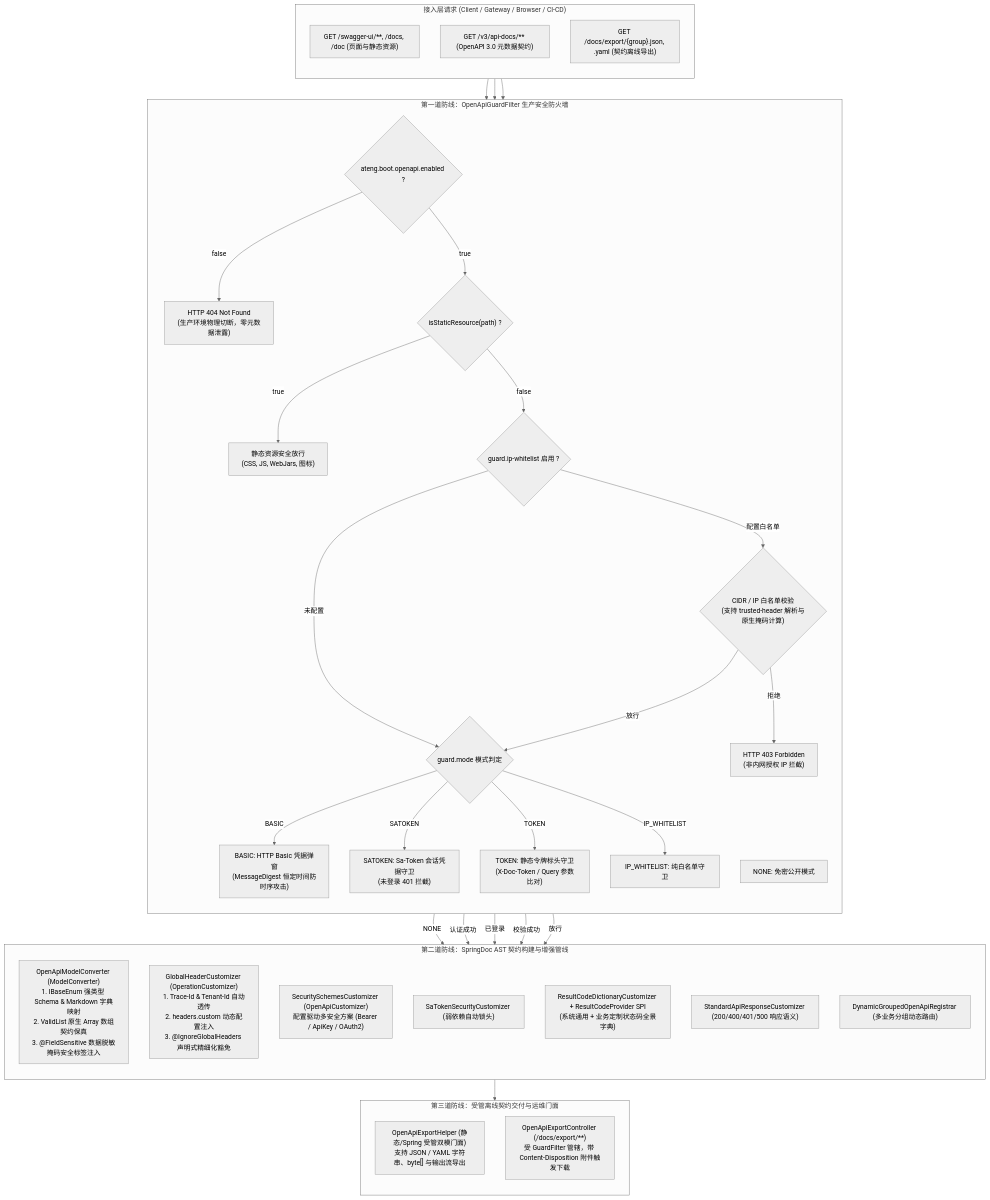
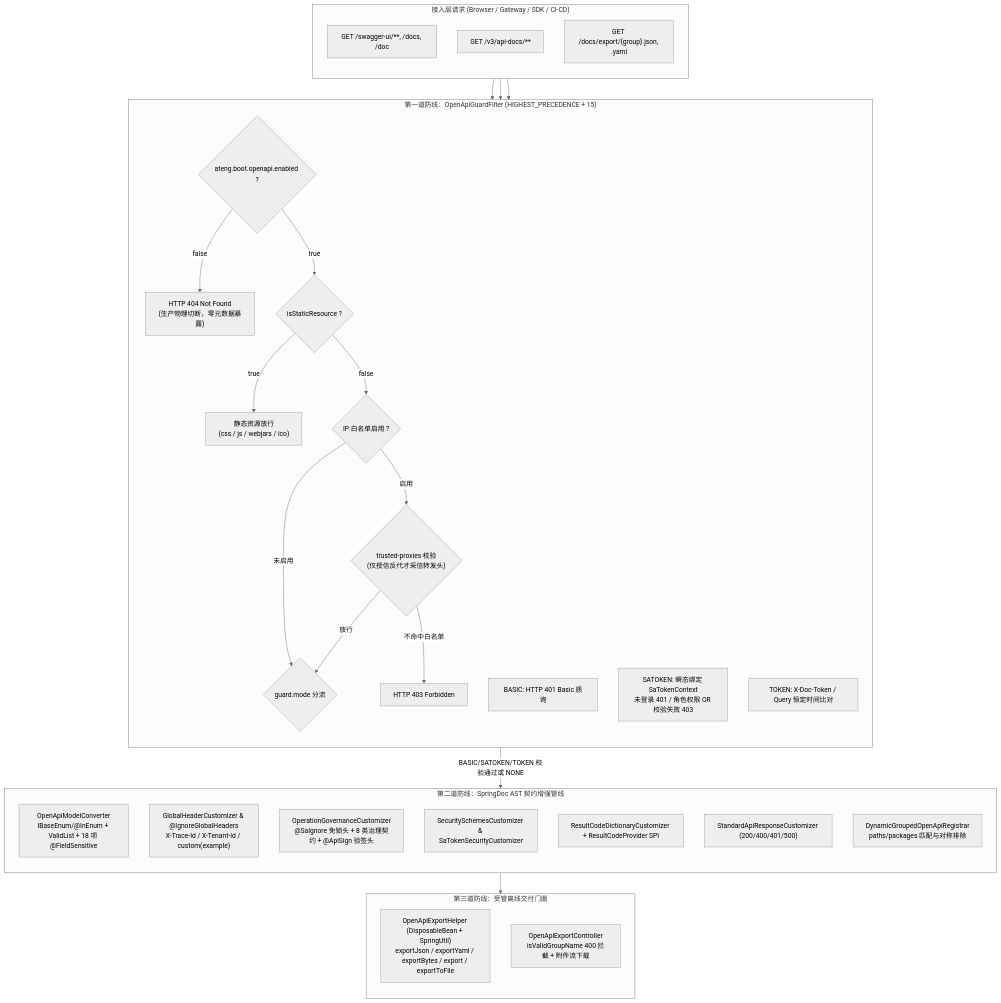
One commit to atengk/ateng-boot changed the diagram in ateng-boot-openapi/README.md. Above: the diagram before and after it, drawn with Mermaid (neutral theme). The commit also changed other lines of this file and 5 other files, not shown here.

````diff
--- a/ateng-boot-openapi/README.md
+++ b/ateng-boot-openapi/README.md
@@ -105,75 +131,58 @@
 ```mermaid
 flowchart TD
-    subgraph ClientLayer["接入层请求 (Client / Gateway / Browser / CI-CD)"]
+    subgraph ClientLayer["接入层请求 (Browser / Gateway / SDK / CI-CD)"]
         direction TB
-        REQ_UI["GET /swagger-ui/**, /docs, /doc (页面与静态资源)"]
-        REQ_META["GET /v3/api-docs/** (OpenAPI 3.0 元数据契约)"]
-        REQ_EXPORT["GET /docs/export/{group}.json, .yaml (契约离线导出)"]
+        REQ_UI["GET /swagger-ui/**, /docs, /doc"]
+        REQ_META["GET /v3/api-docs/**"]
+        REQ_EXPORT["GET /docs/export/{group}.json, .yaml"]
     end
 
-    subgraph SecurityFirewall["第一道防线：OpenApiGuardFilter 生产安全防火墙"]
+    subgraph SecurityFirewall["第一道防线：OpenApiGuardFilter (HIGHEST_PRECEDENCE + 15)"]
         direction TB
         CHECK_ENABLED{"ateng.boot.openapi.enabled ?"}
-        CUTOFF_404["HTTP 404 Not Found<br/>(生产环境物理切断，零元数据泄露)"]
-        
-        CHECK_STATIC{"isStaticResource(path) ?"}
-        STATIC_PASS["静态资源安全放行<br/>(CSS, JS, WebJars, 图标)"]
-
-        CHECK_IP{"guard.ip-whitelist 启用 ?"}
-        IP_MATCH{"CIDR / IP 白名单校验<br/>(支持 trusted-header 解析与原生掩码计算)"}
-        IP_REJECT["HTTP 403 Forbidden<br/>(非内网授权 IP 拦截)"]
-
-        CHECK_MODE{"guard.mode 模式判定"}
-        MODE_NONE["NONE: 免密公开模式"]
-        MODE_BASIC["BASIC: HTTP Basic 凭据弹窗<br/>(MessageDigest 恒定时间防时序攻击)"]
-        MODE_SATOKEN["SATOKEN: Sa-Token 会话凭据守卫<br/>(未登录 401 拦截)"]
-        MODE_TOKEN["TOKEN: 静态令牌标头守卫<br/>(X-Doc-Token / Query 参数比对)"]
-        MODE_IP["IP_WHITELIST: 纯白名单守卫"]
+        CUTOFF_404["HTTP 404 Not Found<br/>(生产物理切断，零元数据暴露)"]
+        CHECK_STATIC{"isStaticResource ?"}
+        STATIC_PASS["静态资源放行<br/>(css / js / webjars / ico)"]
+        CHECK_IP{"IP 白名单启用 ?"}
+        TRUSTED_PROXY{"trusted-proxies 校验<br/>(仅授信反代才采信转发头)"}
+        IP_REJECT["HTTP 403 Forbidden"]
+        CHECK_MODE{"guard.mode 分流"}
+        MODE_BASIC["BASIC: HTTP 401 Basic 质询"]
+        MODE_SATOKEN["SATOKEN: 瞬态绑定 SaTokenContext<br/>未登录 401 / 角色权限 OR 校验失败 403"]
+        MODE_TOKEN["TOKEN: X-Doc-Token / Query 恒定时间比对"]
     end
 
-    subgraph AstPipeline["第二道防线：SpringDoc AST 契约构建与增强管线"]
+    subgraph AstPipeline["第二道防线：SpringDoc AST 契约增强管线"]
         direction TB
-        CONV_MODEL["OpenApiModelConverter (ModelConverter)<br/>1. IBaseEnum 强类型 Schema & Markdown 字典映射<br/>2. ValidList 原生 Array 数组契约保真<br/>3. @FieldSensitive 数据脱敏掩码安全标签注入"]
-        
-        CUSTOM_HEADER["GlobalHeaderCustomizer (OperationCustomizer)<br/>1. Trace-Id & Tenant-Id 自动透传<br/>2. headers.custom 动态配置注入<br/>3. @IgnoreGlobalHeaders 声明式精细化豁免"]
-        
-        CUSTOM_SEC["SecuritySchemesCustomizer (OpenApiCustomizer)<br/>配置驱动多安全方案 (Bearer / ApiKey / OAuth2)"]
-        CUSTOM_SATOKEN["SaTokenSecurityCustomizer (弱依赖自动锁头)"]
-        CUSTOM_DICT["ResultCodeDictionaryCustomizer + ResultCodeProvider SPI<br/>(系统通用 + 业务定制状态码全景字典)"]
-        CUSTOM_RESP["StandardApiResponseCustomizer (200/400/401/500 响应语义)"]
-        DYNAMIC_GROUP["DynamicGroupedOpenApiRegistrar (多业务分组动态路由)"]
+        CONV_MODEL["OpenApiModelConverter<br/>IBaseEnum/@InEnum + ValidList + 18 项 @FieldSensitive"]
+        CUSTOM_HEADER["GlobalHeaderCustomizer & @IgnoreGlobalHeaders<br/>X-Trace-Id / X-Tenant-Id / custom(example)"]
+        CUSTOM_GOV["OperationGovernanceCustomizer<br/>@SaIgnore 免锁头 + 8 类治理契约 + @ApiSign 验签头"]
+        CUSTOM_SEC["SecuritySchemesCustomizer & SaTokenSecurityCustomizer"]
+        CUSTOM_DICT["ResultCodeDictionaryCustomizer + ResultCodeProvider SPI"]
+        CUSTOM_RESP["StandardApiResponseCustomizer (200/400/401/500)"]
+        DYNAMIC_GROUP["DynamicGroupedOpenApiRegistrar<br/>paths/packages 匹配与对称排除"]
     end
 
-    subgraph ExportFacade["第三道防线：受管离线契约交付与运维门面"]
+    subgraph ExportFacade["第三道防线：受管离线交付门面"]
         direction TB
-        FACADE_HELPER["OpenApiExportHelper (静态/Spring 受管双模门面)<br/>支持 JSON / YAML 字符串、byte[] 与输出流导出"]
-        EXPORT_CTRL["OpenApiExportController (/docs/export/**)<br/>受 GuardFilter 管辖，带 Content-Disposition 附件触发下载"]
+        FACADE_HELPER["OpenApiExportHelper (DisposableBean + SpringUtil)<br/>exportJson / exportYaml / exportBytes / export / exportToFile"]
+        EXPORT_CTRL["OpenApiExportController<br/>isValidGroupName 400 拦截 + 附件流下载"]
     end
 
     REQ_UI --> CHECK_ENABLED
     REQ_META --> CHECK_ENABLED
     REQ_EXPORT --> CHECK_ENABLED
 
     CHECK_ENABLED -- false --> CUTOFF_404
     CHECK_ENABLED -- true --> CHECK_STATIC
     CHECK_STATIC -- true --> STATIC_PASS
     CHECK_STATIC -- false --> CHECK_IP
 
-    CHECK_IP -- 未配置 --> CHECK_MODE
-    CHECK_IP -- 配置白名单 --> IP_MATCH
-    IP_MATCH -- 拒绝 --> IP_REJECT
-    IP_MATCH -- 放行 --> CHECK_MODE
+    CHECK_IP -- 未启用 --> CHECK_MODE
+    CHECK_IP -- 启用 --> TRUSTED_PROXY
+    TRUSTED_PROXY -- 不命中白名单 --> IP_REJECT
+    TRUSTED_PROXY -- 放行 --> CHECK_MODE
 
-    CHECK_MODE -- NONE --> AstPipeline
-    CHECK_MODE -- BASIC --> MODE_BASIC
-    CHECK_MODE -- SATOKEN --> MODE_SATOKEN
-    CHECK_MODE -- TOKEN --> MODE_TOKEN
-    CHECK_MODE -- IP_WHITELIST --> MODE_IP
-
-    MODE_BASIC -- 认证成功 --> AstPipeline
-    MODE_SATOKEN -- 已登录 --> AstPipeline
-    MODE_TOKEN -- 校验成功 --> AstPipeline
-    MODE_IP -- 放行 --> AstPipeline
-
+    CHECK_MODE -- BASIC/SATOKEN/TOKEN 校验通过或 NONE --> AstPipeline
     AstPipeline --> ExportFacade
 ```
````
